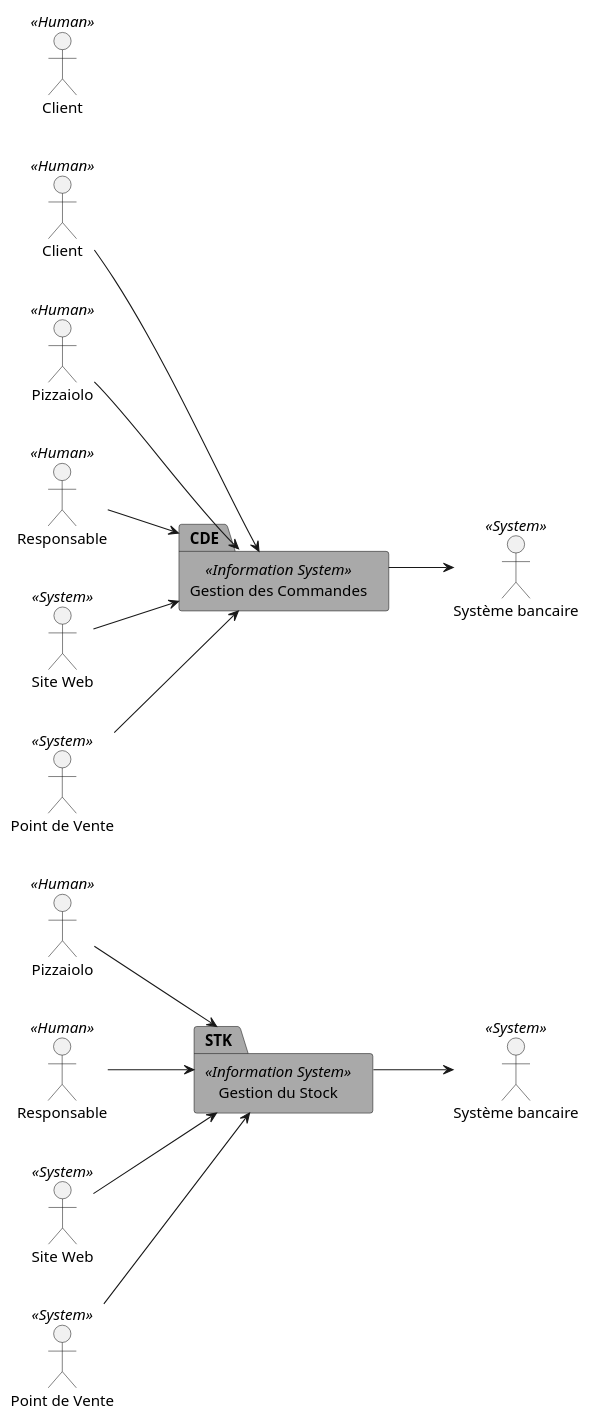
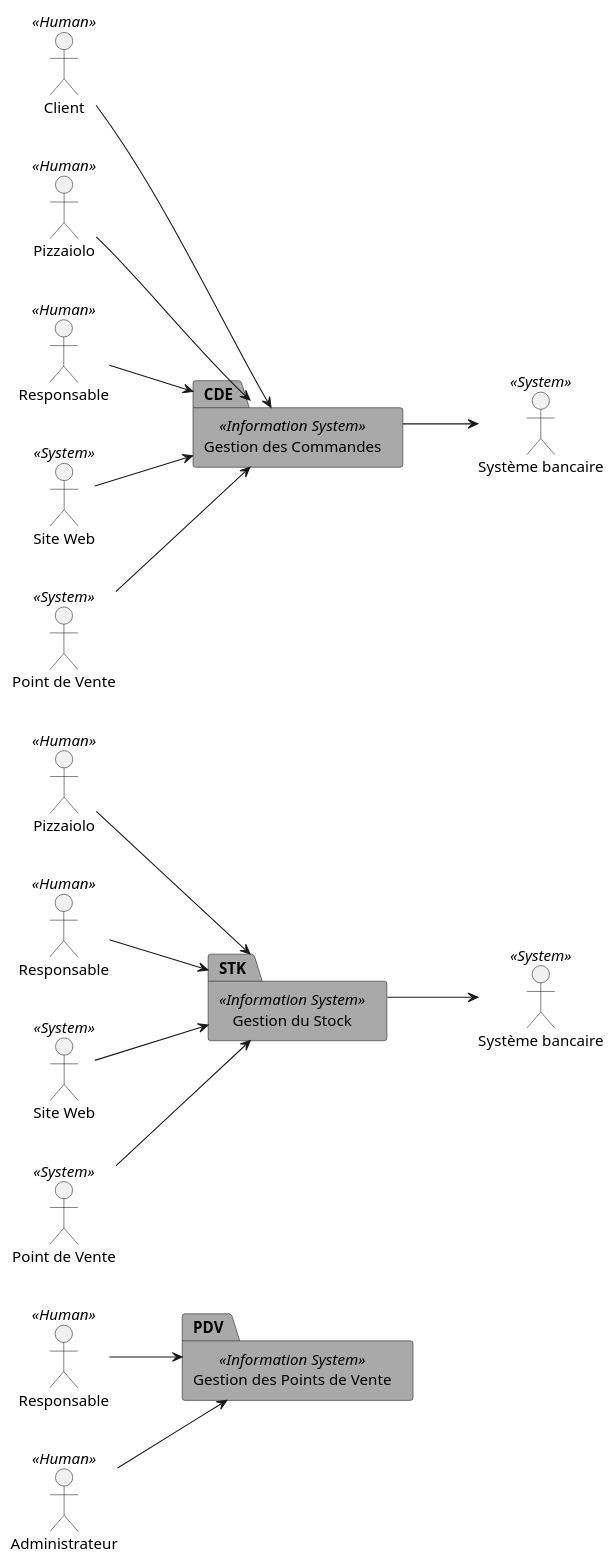
One commit to rvallet/oc-pizza changed the diagram in uml/src/package-diagram.puml. Above: the diagram before and after it, drawn with PlantUML. The commit also changed 5 other files, not shown here.

Commit message:
updated uml

```diff
--- a/uml/src/package-diagram.puml
+++ b/uml/src/package-diagram.puml
@@ -1,69 +1,79 @@
 @startuml
 /' Start UML Class '/
 
 /' Flow Direction '/
 left to right direction
 
 /' Actor and Entity '/
 :Client: << Human >> as C1
 :Pizzaiolo: << Human >> as P1
 :Pizzaiolo: << Human >> as P2
 :Responsable: << Human >> as R1
 :Responsable: << Human >> as R2
-:Client: << Human >> as C2
+:Responsable: << Human >> as R3
+:Administrateur: << Human >> as A1
+/':Client: << Human >> as C2'/
 
 :Site Web: << System >> as Web1
 :Site Web: << System >> as Web2
 :Point de Vente: << System >> as PDV1
 :Point de Vente: << System >> as PDV2
 :Système bancaire: << System >> as Bank1
 :Système bancaire: << System >> as Bank2
 
 /' Packages '/
+
 package "Gestion des Commandes" <<Information System>> as "CDE" #A9A9A9 {
-}
-
-package "Gestion du Stock" <<Information System>> as STK #A9A9A9 {
-}
-
-/' Ordering actor and entity '/
-CDE -[hidden] STK
-
 /' Relationship CDE '/
 C1 --> CDE
 P1 --> CDE
 R1 --> CDE
 Web1 --> CDE
 PDV1 --> CDE
 CDE --> Bank1
+}
 
+package "Gestion du Stock" <<Information System>> as STK #A9A9A9 {
 /' Relationship STK '/
 P2 --> STK
 R2 --> STK
 Web2 --> STK
 PDV2 --> STK
 STK --> Bank2
+}
 
+package "Gestion des Points de Vente" <<Information System>> as PDV #A9A9A9 {
+/' Relationship PDV '/
+R3 --> PDV
+A1 --> PDV
+}
+
+/' Ordering entity '/
+CDE -[hidden]> STK
+STK -[hidden]> PDV
+/'CDE -[hidden]> STK'/
+
+/' Ordering actor '/
 
 
 /'
 :Main Admin: as Admin
 (Use the application) as (Use)
 
 User -> (Start)
 User --> (Use)
 
 Admin ---> (Use)
 
 note right of Admin : This is an example.
 
 note right of (Use)
 A note can also
 be on several lines
 end note
 
 note "This note is connected\nto several objects." as N2
 (Start) .. N2
 N2 .. (Use)
 '/
 @enduml
```
